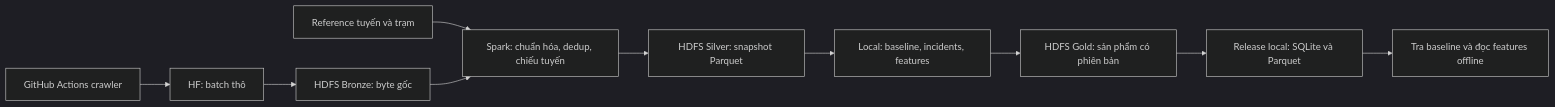
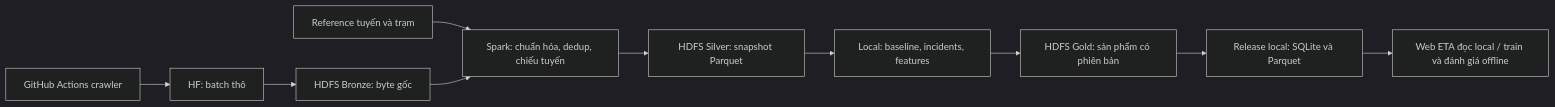
The diagram in docs/HDFS_README.md (toibinguz/Bus_tracking), drawn with Mermaid (dark theme) before and after one commit. The commit also changed other lines of this file and 130 other files, not shown here.

````diff
--- a/docs/HDFS_README.md
+++ b/docs/HDFS_README.md
@@ -9,11 +9,11 @@
 ```mermaid
 flowchart LR
     A[GitHub Actions crawler] --> B[HF: batch thô]
     B --> C[HDFS Bronze: byte gốc]
     R[Reference tuyến và trạm] --> D[Spark: chuẩn hóa, dedup, chiếu tuyến]
     C --> D --> E[HDFS Silver: snapshot Parquet]
     E --> F[Local: baseline, incidents, features]
     F --> G[HDFS Gold: sản phẩm có phiên bản]
     G --> H[Release local: SQLite và Parquet]
-    H --> I[Tra baseline và đọc features offline]
+    H --> I[Web ETA đọc local / train và đánh giá offline]
 ```
````
